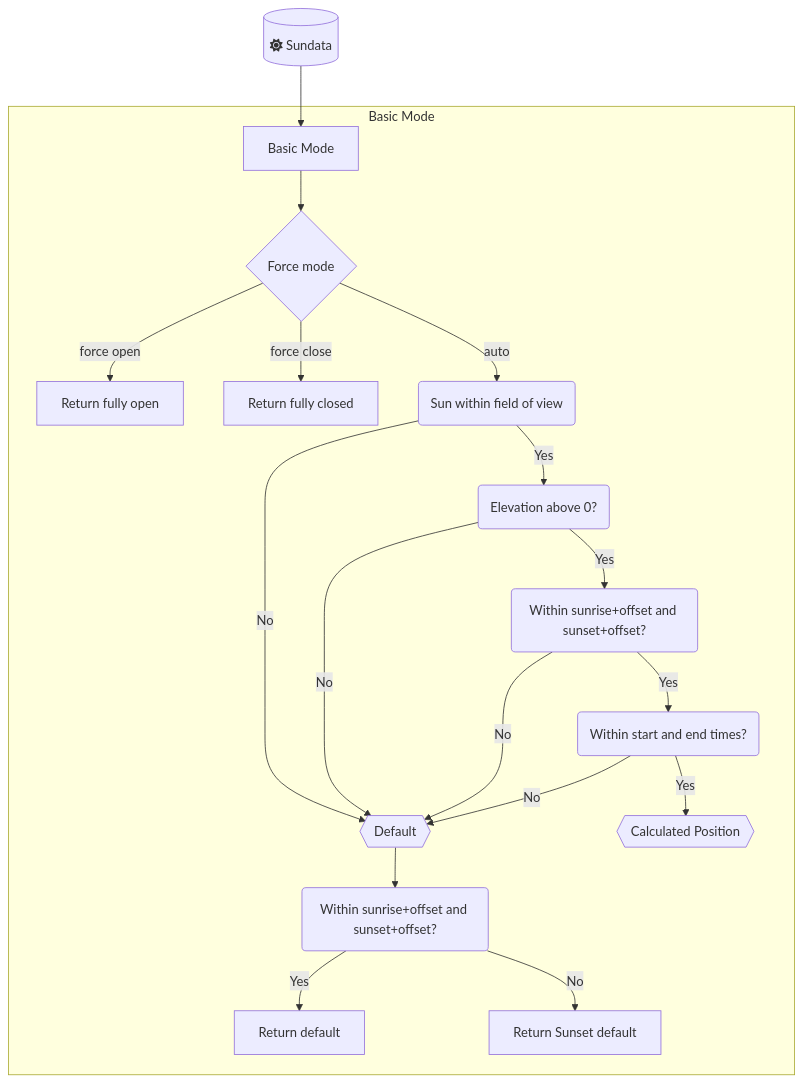
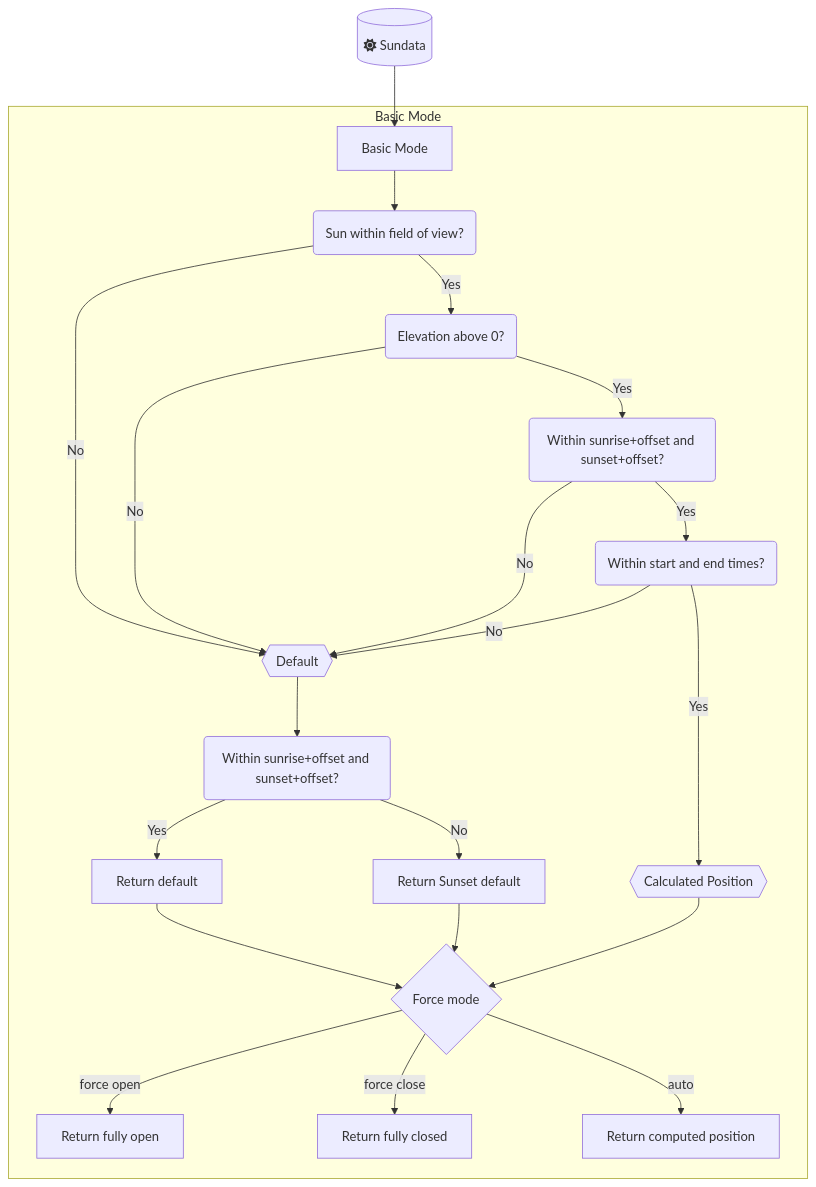
Before and after one commit to travisp/adaptive-cover: the diagram in README.md, drawn with Mermaid.

Commit message:
docs: revise basic mode diagram

````diff
--- a/README.md
+++ b/README.md
@@ -84,25 +84,29 @@
 ```mermaid
   graph TD
 
   A[("fa:fa-sun Sundata")]
   A --> B["Basic Mode"]
   subgraph "Basic Mode"
-      B --> BM{"Force mode"}
-      BM --> |"force open"| BN["Return fully open"]
-      BM --> |"force close"| BO["Return fully closed"]
-      BM --> |auto| BA("Sun within field of view")
+      B --> BA("Sun within field of view?")
 
       BA --> |No| BC{{Default}}
       BC --> BD("Within sunrise+offset and sunset+offset?")
       BD --> |Yes| BE["Return default"]
       BD --> |No| BF["Return Sunset default"]
 
       BA --> |Yes| BG("Elevation above 0?")
       BG --> |No| BC
       BG --> |Yes| BH("Within sunrise+offset and sunset+offset?")
       BH --> |No| BC
       BH --> |Yes| BI("Within start and end times?")
       BI --> |No| BC
       BI --> |Yes| BJ{{"Calculated Position"}}
+
+      BE --> BM{"Force mode"}
+      BF --> BM
+      BJ --> BM
+      BM --> |"force open"| BN["Return fully open"]
+      BM --> |"force close"| BO["Return fully closed"]
+      BM --> |auto| BP["Return computed position"]
   end
 ```
````
